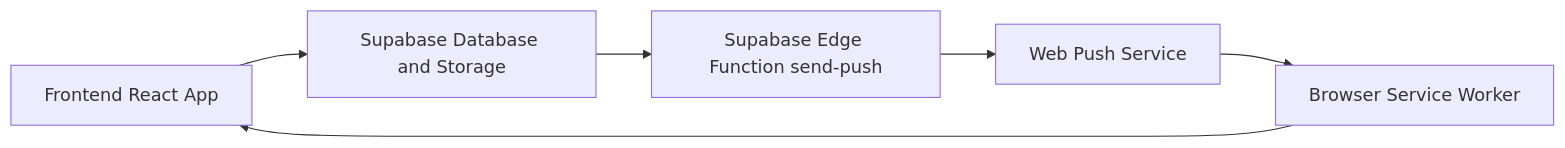
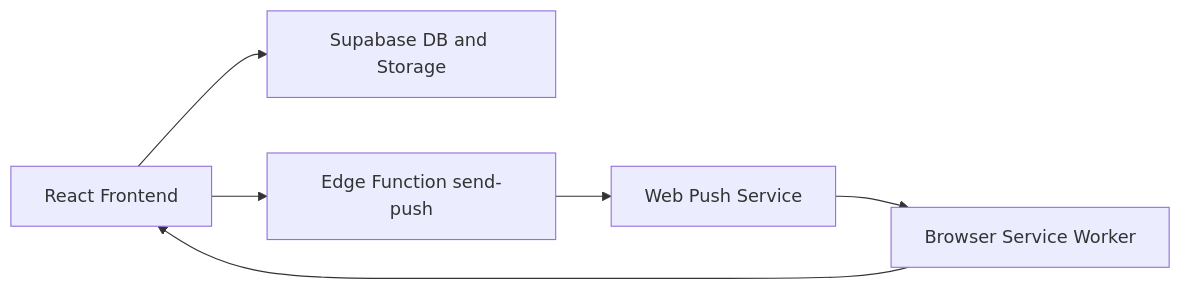
One commit to Vikirthan/KAK changed the diagram in README.md. Above: the diagram before and after it, drawn with Mermaid. The commit also changed other lines of this file and 22 other files, not shown here.

````diff
--- a/README.md
+++ b/README.md
@@ -246,8 +243,8 @@
 ```mermaid
 flowchart LR
-		A[Frontend React App] --> B[Supabase Database and Storage]
-		B --> C[Supabase Edge Function send-push]
-		C --> D[Web Push Service]
-		D --> E[Browser Service Worker]
-		E --> A
+    A[React Frontend] --> B[Supabase DB and Storage]
+    A --> C[Edge Function send-push]
+    C --> D[Web Push Service]
+    D --> E[Browser Service Worker]
+    E --> A
 ```
````
